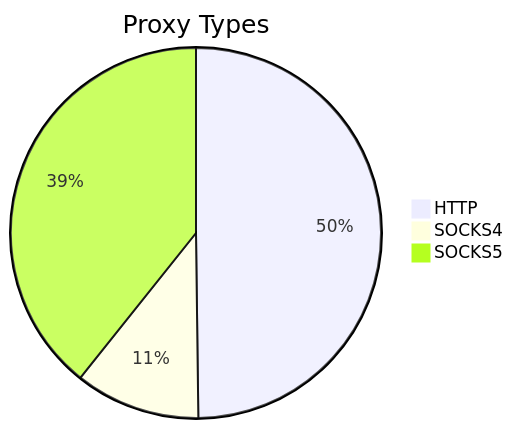
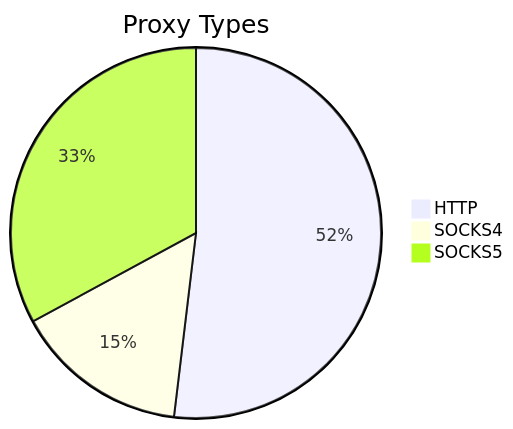
The first of 2 diagrams in README.md (stormsia/proxy-list), drawn with Mermaid before and after one commit. The commit also changed other lines of this file, not shown here.

````diff
--- a/README.md
+++ b/README.md
@@ -21,6 +21,6 @@
 ```mermaid
 pie title Proxy Types
-    "HTTP" : 123
-    "SOCKS4" : 27
-    "SOCKS5" : 97
+    "HTTP" : 164
+    "SOCKS4" : 48
+    "SOCKS5" : 104
 ```
````
